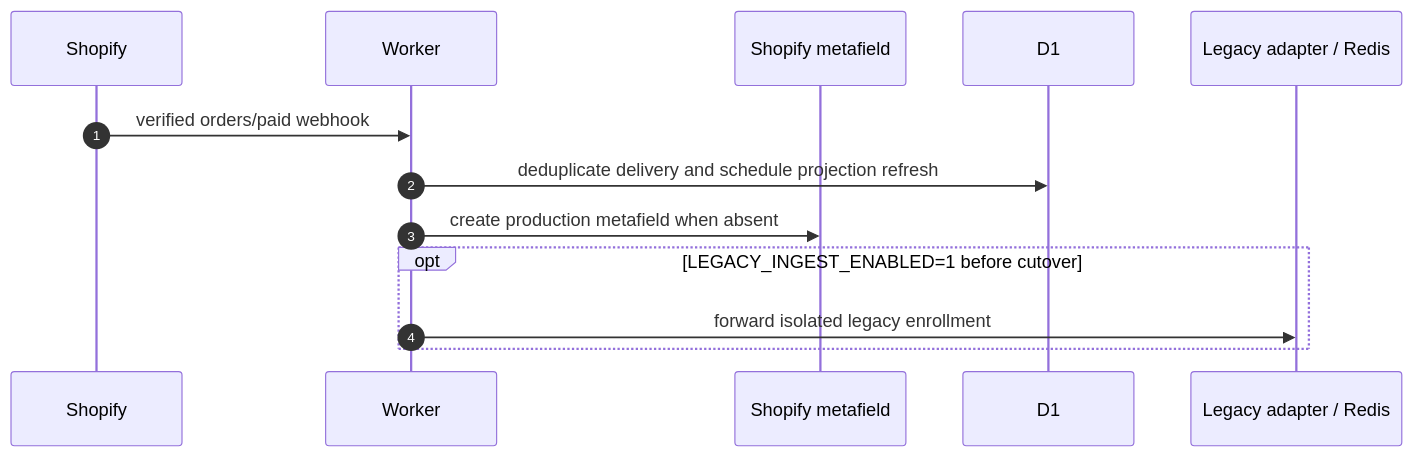
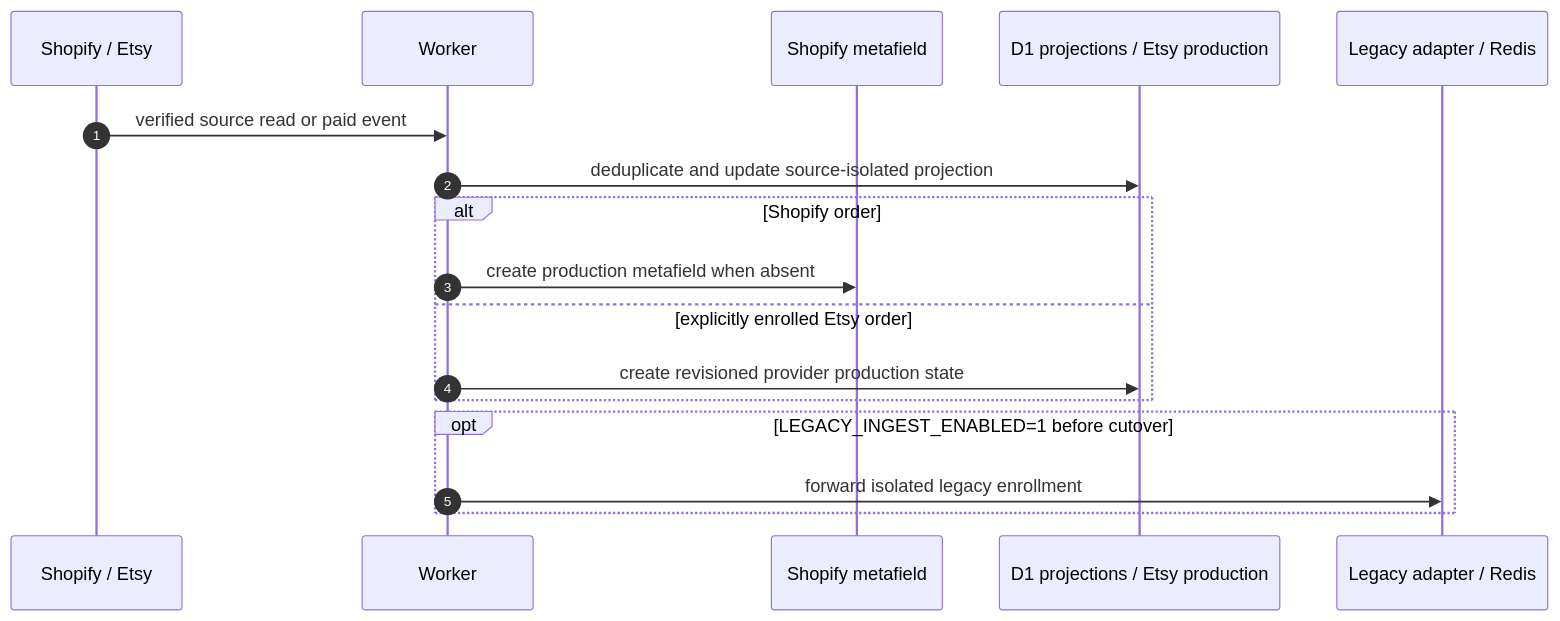
Before and after one commit to personman1234567/PrintMO-Order-Management: the first of 2 diagrams in docs/official-docs/workflows/order-ingestion-kanban.md, drawn with Mermaid. The commit also changed other lines of this file and 12 other files, not shown here.

Commit message:
Added provider-aware Etsy orders to the shared production board with source styling, safe production state, and synthetic pilot coverage

````diff
--- a/docs/official-docs/workflows/order-ingestion-kanban.md
+++ b/docs/official-docs/workflows/order-ingestion-kanban.md
@@ -24,16 +24,20 @@
 ```mermaid
 sequenceDiagram
     autonumber
-    participant Shopify
+    participant Commerce as Shopify / Etsy
     participant Worker
     participant Canonical as Shopify metafield
-    participant D1
+    participant D1 as D1 projections / Etsy production
     participant Legacy as Legacy adapter / Redis
 
-    Shopify->>Worker: verified orders/paid webhook
-    Worker->>D1: deduplicate delivery and schedule projection refresh
-    Worker->>Canonical: create production metafield when absent
+    Commerce->>Worker: verified source read or paid event
+    Worker->>D1: deduplicate and update source-isolated projection
+    alt Shopify order
+        Worker->>Canonical: create production metafield when absent
+    else explicitly enrolled Etsy order
+        Worker->>D1: create revisioned provider production state
+    end
     opt LEGACY_INGEST_ENABLED=1 before cutover
         Worker->>Legacy: forward isolated legacy enrollment
     end
 ```
````
